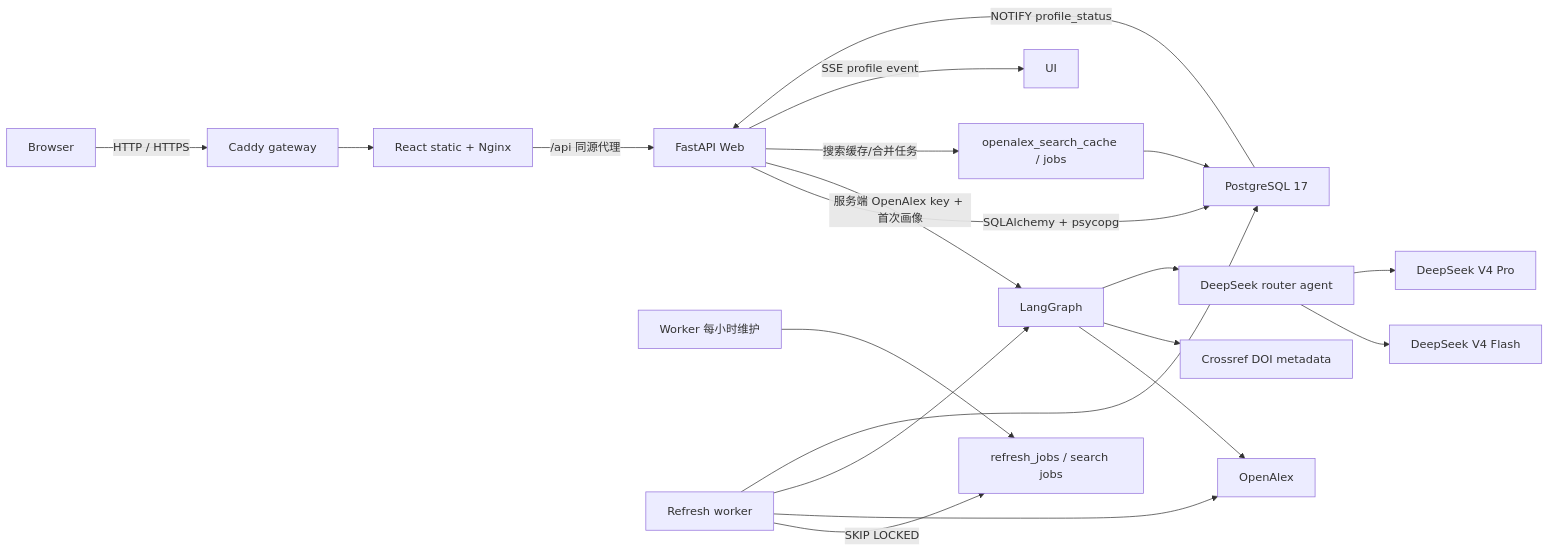
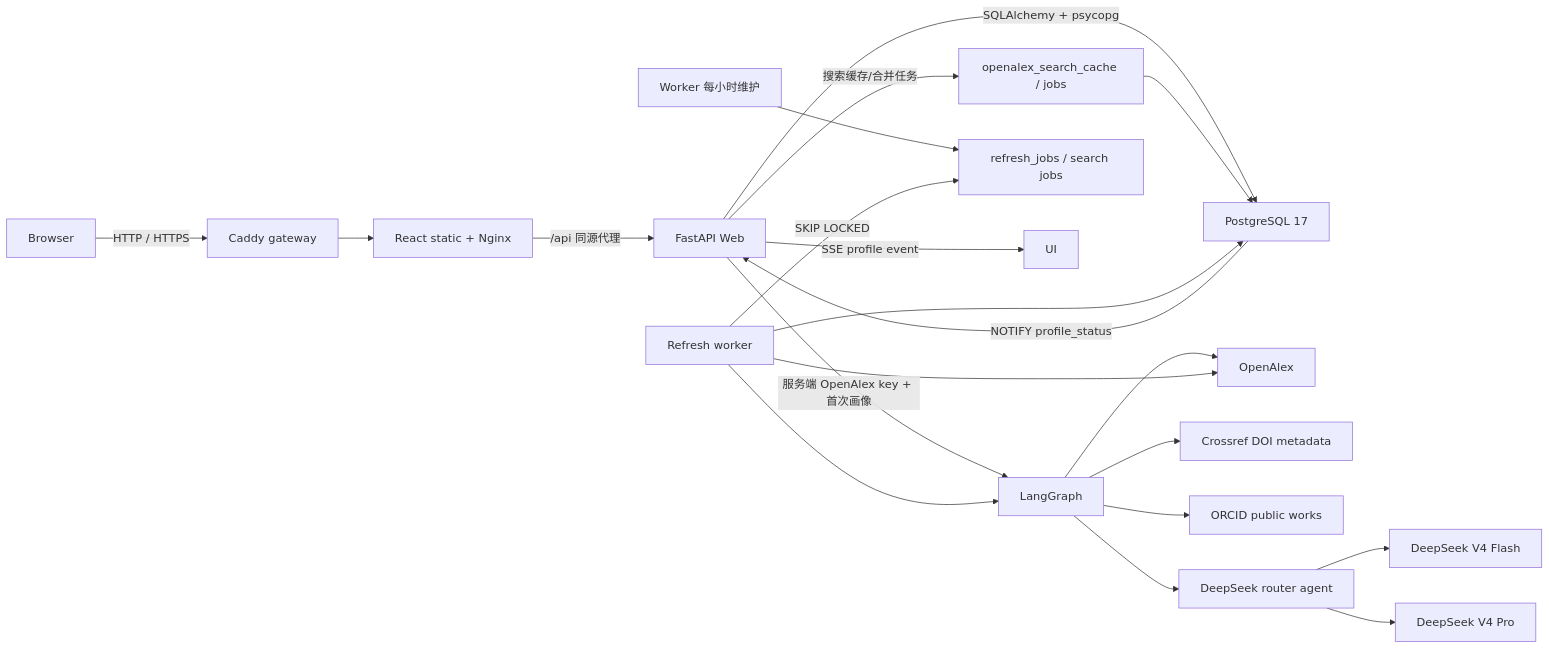
One commit to AlexYuanch/scholar_search changed the diagram in docs/ARCHITECTURE.md. Above: the diagram before and after it, drawn with Mermaid. The commit also changed other lines of this file and 28 other files, not shown here.

````diff
--- a/docs/ARCHITECTURE.md
+++ b/docs/ARCHITECTURE.md
@@ -5,22 +5,23 @@
 ```mermaid
 flowchart LR
   CLIENT["Browser"] -->|"HTTP / HTTPS"| CADDY["Caddy gateway"]
   CADDY --> NGINX["React static + Nginx"]
   NGINX -->|"/api 同源代理"| API["FastAPI Web"]
   API -->|"SQLAlchemy + psycopg"| PG["PostgreSQL 17"]
   API -->|"服务端 OpenAlex key + 首次画像"| WF["LangGraph"]
   API -->|"搜索缓存/合并任务"| SEARCH["openalex_search_cache / jobs"]
   SEARCH --> PG
   WF --> OA["OpenAlex"]
   WF --> CR["Crossref DOI metadata"]
+  WF --> ORCID["ORCID public works"]
   WF --> ROUTER["DeepSeek router agent"]
   ROUTER --> FLASH["DeepSeek V4 Flash"]
   ROUTER --> PRO["DeepSeek V4 Pro"]
   MAINT["Worker 每小时维护"] --> JOB["refresh_jobs / search jobs"]
   WORKER["Refresh worker"] -->|"SKIP LOCKED"| JOB
   WORKER --> OA
   WORKER --> WF
   WORKER --> PG
   PG -->|"NOTIFY profile_status"| API
   API -->|"SSE profile event"| UI
 ```
````
